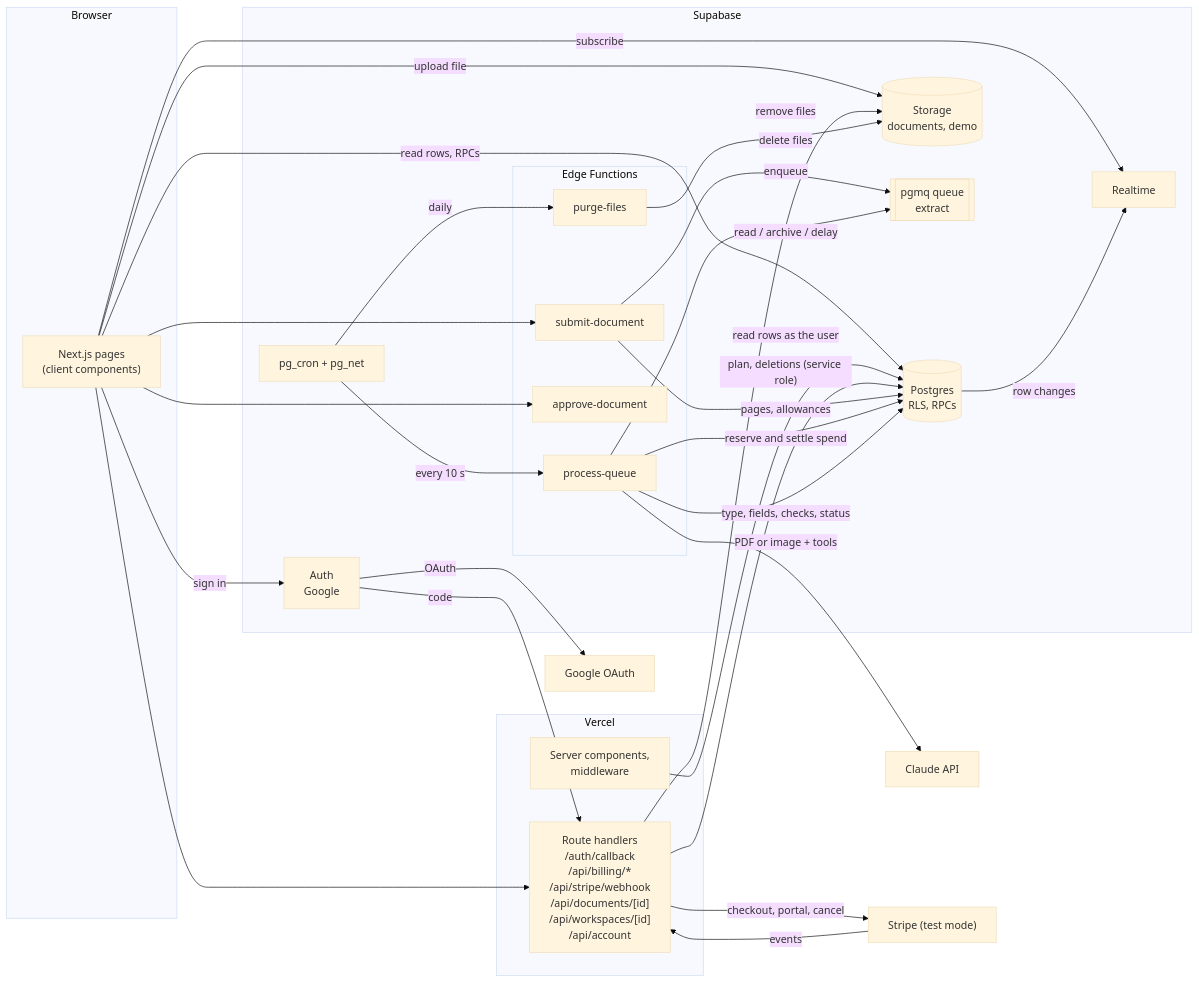
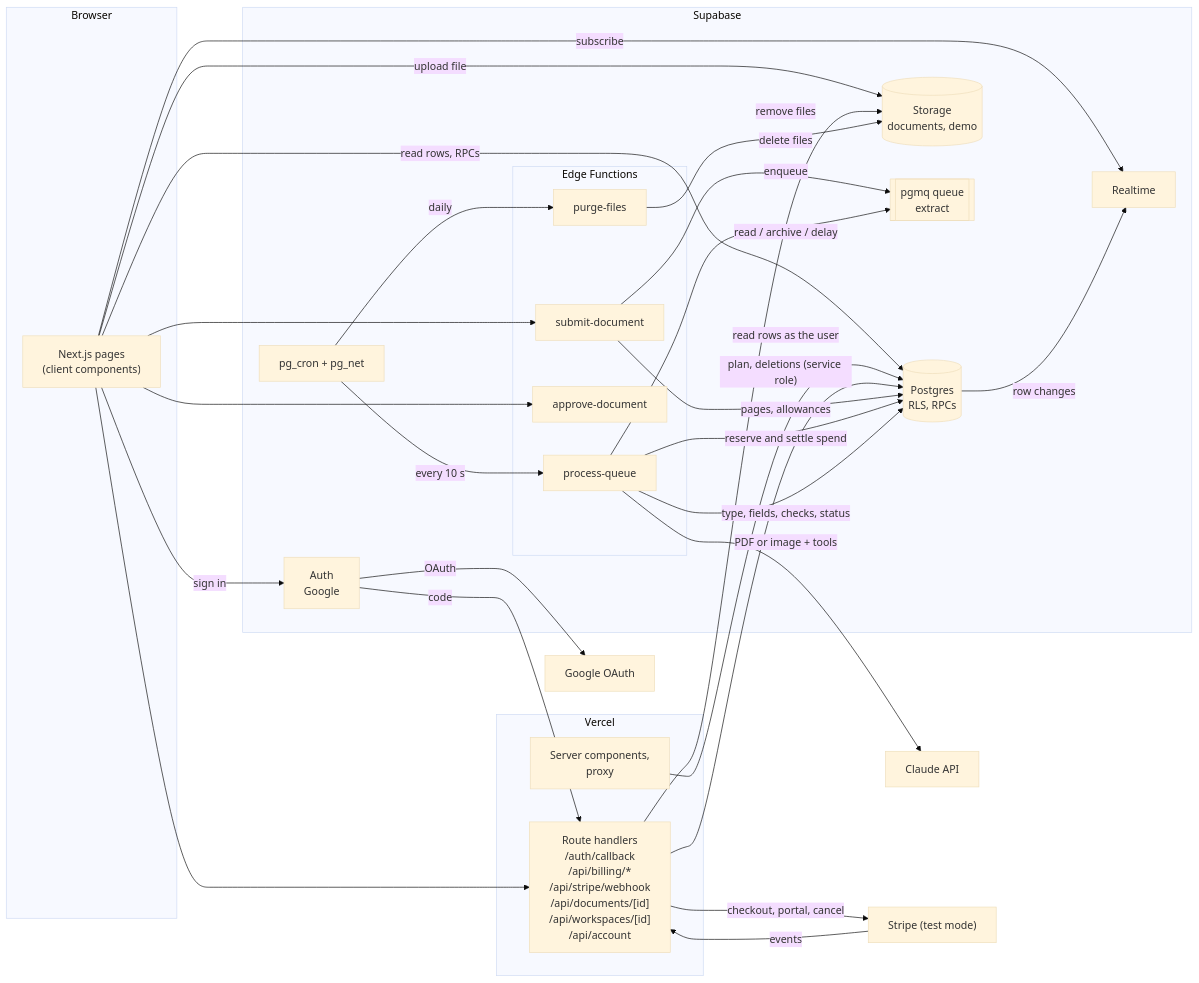
Before and after one commit to LucaFastDev/doc-extract: the first of 3 diagrams in docs/ARCHITECTURE.md, drawn with Mermaid (base theme). The commit also changed other lines of this file and 2 other files, not shown here.

First line of the commit message:
Document the proxy rename, the workspace cookie and sign-in go-live items

````diff
--- a/docs/ARCHITECTURE.md
+++ b/docs/ARCHITECTURE.md
@@ -27,50 +27,50 @@
 ```mermaid
 flowchart LR
   subgraph Browser
     UI["Next.js pages<br/>(client components)"]
   end
   subgraph Vercel
-    SC["Server components,<br/>middleware"]
+    SC["Server components,<br/>proxy"]
     RH["Route handlers<br/>/auth/callback<br/>/api/billing/*<br/>/api/stripe/webhook<br/>/api/documents/[id]<br/>/api/workspaces/[id]<br/>/api/account"]
   end
   subgraph Supabase
     Auth["Auth<br/>Google"]
     DB[("Postgres<br/>RLS, RPCs")]
     ST[("Storage<br/>documents, demo")]
     RT["Realtime"]
     Q[["pgmq queue<br/>extract"]]
     CRON["pg_cron + pg_net"]
     subgraph EF["Edge Functions"]
       SUB["submit-document"]
       PQ["process-queue"]
       APR["approve-document"]
       PUR["purge-files"]
     end
   end
   Claude["Claude API"]
   Google["Google OAuth"]
   Stripe["Stripe (test mode)"]
 
   UI -- sign in --> Auth -- OAuth --> Google
   Auth -- code --> RH
   UI -- upload file --> ST
   UI -- read rows, RPCs --> DB
   UI -- subscribe --> RT
   UI --> SUB & APR
   UI --> RH
   SC -- read rows as the user --> DB
   RH -- checkout, portal, cancel --> Stripe
   Stripe -- events --> RH
   RH -- plan, deletions (service role) --> DB
   RH -- remove files --> ST
   SUB -- pages, allowances --> DB
   SUB -- enqueue --> Q
   CRON -- every 10 s --> PQ
   CRON -- daily --> PUR
   PQ -- read / archive / delay --> Q
   PQ -- reserve and settle spend --> DB
   PQ -- PDF or image + tools --> Claude
   PQ -- type, fields, checks, status --> DB
   DB -- row changes --> RT
   PUR -- delete files --> ST
 ```
````
